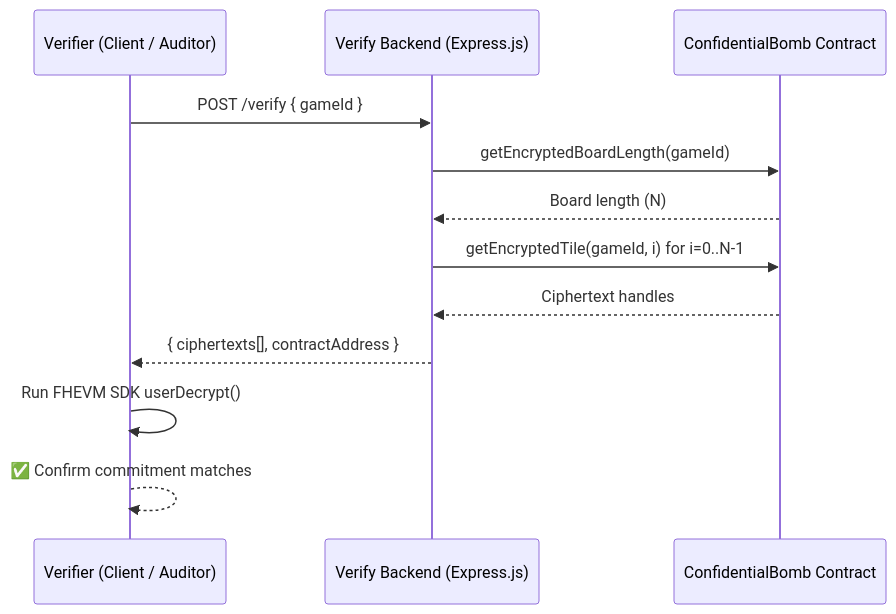
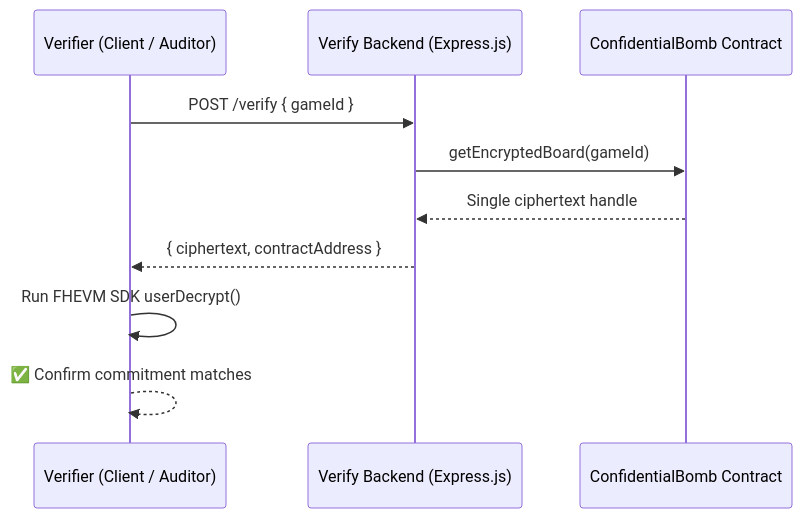
Before and after one commit to phamnhungoctuan/confidential-bomb: the fourth of 4 diagrams in README-flows.md, drawn with Mermaid. The commit also changed other lines of this file and 1 other file, not shown here.

````diff
--- a/README-flows.md
+++ b/README-flows.md
@@ -71,15 +75,13 @@
 ```mermaid
 sequenceDiagram
     participant Verifier as Verifier (Client / Auditor)
     participant Backend as Verify Backend (Express.js)
     participant Contract as ConfidentialBomb Contract
 
     Verifier->>Backend: POST /verify { gameId }
-    Backend->>Contract: getEncryptedBoardLength(gameId)
-    Contract-->>Backend: Board length (N)
-    Backend->>Contract: getEncryptedTile(gameId, i) for i=0..N-1
-    Contract-->>Backend: Ciphertext handles
-    Backend-->>Verifier: { ciphertexts[], contractAddress }
+    Backend->>Contract: getEncryptedBoard(gameId)
+    Contract-->>Backend: Single ciphertext handle
+    Backend-->>Verifier: { ciphertext, contractAddress }
     Verifier->>Verifier: Run FHEVM SDK userDecrypt()
     Verifier-->>Verifier: ✅ Confirm commitment matches
 ```
````
